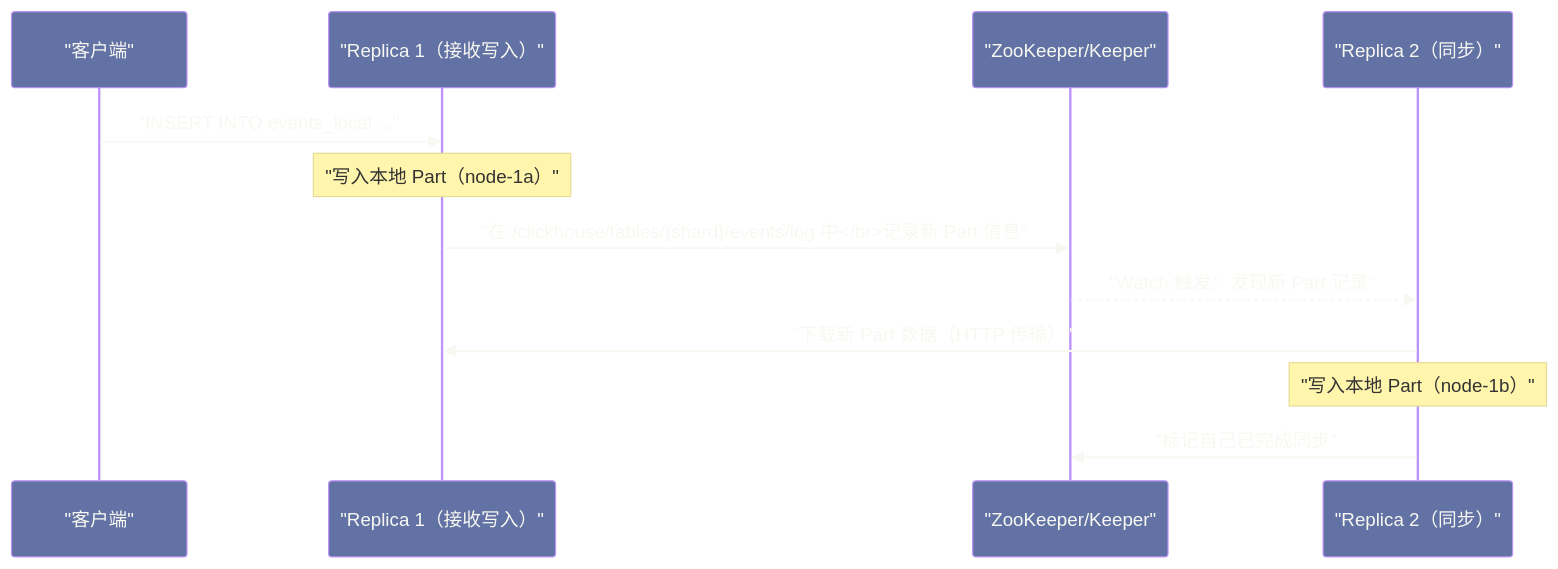
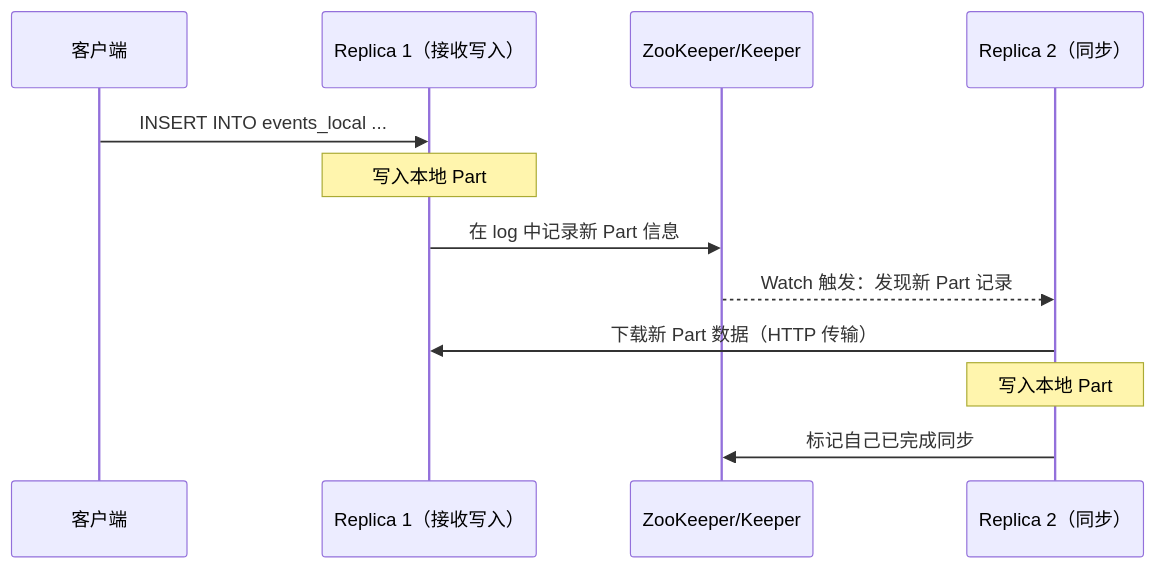
Before and after one commit to hpliStartAgain/my-brain: the second of 2 diagrams in content/中间件/Clickhouse/05 分布式表与数据分片.md, drawn with Mermaid. The commit also changed other lines of this file and 52 other files, not shown here.

````diff
--- a/content/中间件/Clickhouse/05 分布式表与数据分片.md
+++ b/content/中间件/Clickhouse/05 分布式表与数据分片.md
@@ -174,16 +267,16 @@
 ```mermaid
-%%{init: {'theme': 'base', 'themeVariables': {'primaryColor': '#6272a4', 'primaryTextColor': '#f8f8f2', 'primaryBorderColor': '#bd93f9', 'lineColor': '#ff79c6', 'secondaryColor': '#44475a', 'tertiaryColor': '#282a36'}}}%%
+%%{init: {'theme': 'dracula'}}%%
 sequenceDiagram
-    participant C as "客户端"
-    participant R1 as "Replica 1（接收写入）"
-    participant ZK as "ZooKeeper/Keeper"
-    participant R2 as "Replica 2（同步）"
+    participant C as 客户端
+    participant R1 as Replica 1（接收写入）
+    participant ZK as ZooKeeper/Keeper
+    participant R2 as Replica 2（同步）
 
-    C->>R1: "INSERT INTO events_local ..."
-    Note over R1: "写入本地 Part（node-1a）"
-    R1->>ZK: "在 /clickhouse/tables/{shard}/events/log 中</br>记录新 Part 信息"
-    ZK-->>R2: "Watch 触发：发现新 Part 记录"
-    R2->>R1: "下载新 Part 数据（HTTP 传输）"
-    Note over R2: "写入本地 Part（node-1b）"
-    R2->>ZK: "标记自己已完成同步"
+    C->>R1: INSERT INTO events_local ...
+    Note over R1: 写入本地 Part
+    R1->>ZK: 在 log 中记录新 Part 信息
+    ZK-->>R2: Watch 触发：发现新 Part 记录
+    R2->>R1: 下载新 Part 数据（HTTP 传输）
+    Note over R2: 写入本地 Part
+    R2->>ZK: 标记自己已完成同步
 ```
````
